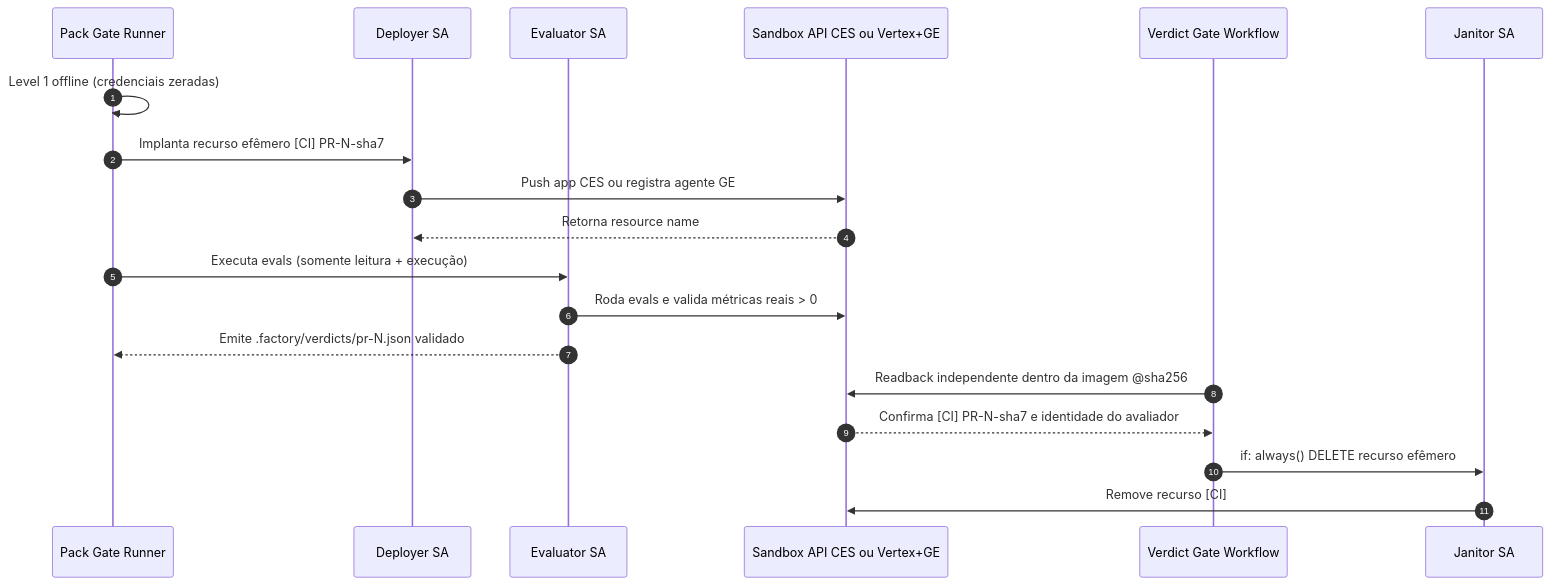
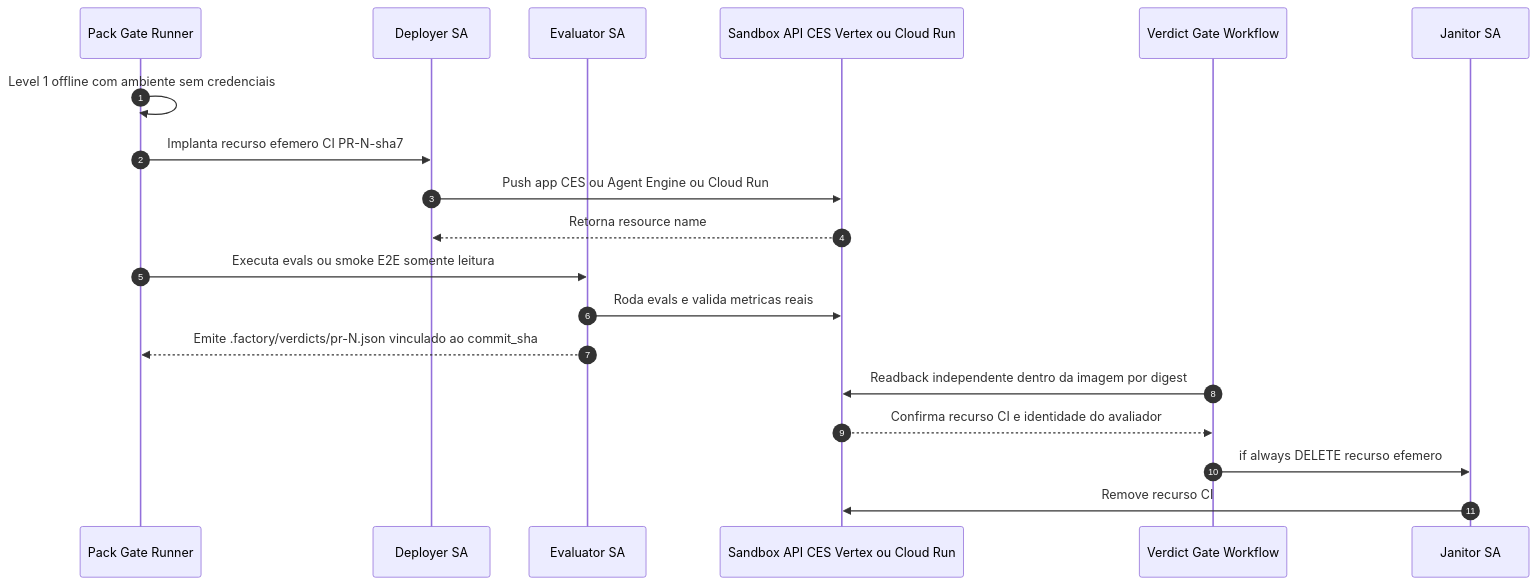
Before and after one commit to carlosmscabral/gcp-fde-factories: the second of 2 diagrams in docs/HANDS_ON_WALKTHROUGH.md, drawn with Mermaid. The commit also changed other lines of this file and 15 other files, not shown here.

Commit message:
docs: refresh visual architecture guides, diagrams, and multi-pack walkthrough

````diff
--- a/docs/HANDS_ON_WALKTHROUGH.md
+++ b/docs/HANDS_ON_WALKTHROUGH.md
@@ -122,22 +210,22 @@
 ```mermaid
 sequenceDiagram
     autonumber
     participant Runner as Pack Gate Runner
     participant Dep as Deployer SA
     participant Eval as Evaluator SA
-    participant GCP as Sandbox API CES ou Vertex+GE
+    participant GCP as Sandbox API CES Vertex ou Cloud Run
     participant CI as Verdict Gate Workflow
     participant Jan as Janitor SA
 
-    Runner->>Runner: Level 1 offline (credenciais zeradas)
-    Runner->>Dep: Implanta recurso efêmero [CI] PR-N-sha7
-    Dep->>GCP: Push app CES ou registra agente GE
+    Runner->>Runner: Level 1 offline com ambiente sem credenciais
+    Runner->>Dep: Implanta recurso efemero CI PR-N-sha7
+    Dep->>GCP: Push app CES ou Agent Engine ou Cloud Run
     GCP-->>Dep: Retorna resource name
-    Runner->>Eval: Executa evals (somente leitura + execução)
-    Eval->>GCP: Roda evals e valida métricas reais > 0
-    Eval-->>Runner: Emite .factory/verdicts/pr-N.json validado
-    CI->>GCP: Readback independente dentro da imagem @sha256
-    GCP-->>CI: Confirma [CI] PR-N-sha7 e identidade do avaliador
-    CI->>Jan: if: always() DELETE recurso efêmero
-    Jan->>GCP: Remove recurso [CI]
+    Runner->>Eval: Executa evals ou smoke E2E somente leitura
+    Eval->>GCP: Roda evals e valida metricas reais
+    Eval-->>Runner: Emite .factory/verdicts/pr-N.json vinculado ao commit_sha
+    CI->>GCP: Readback independente dentro da imagem por digest
+    GCP-->>CI: Confirma recurso CI e identidade do avaliador
+    CI->>Jan: if always DELETE recurso efemero
+    Jan->>GCP: Remove recurso CI
 ```
````
